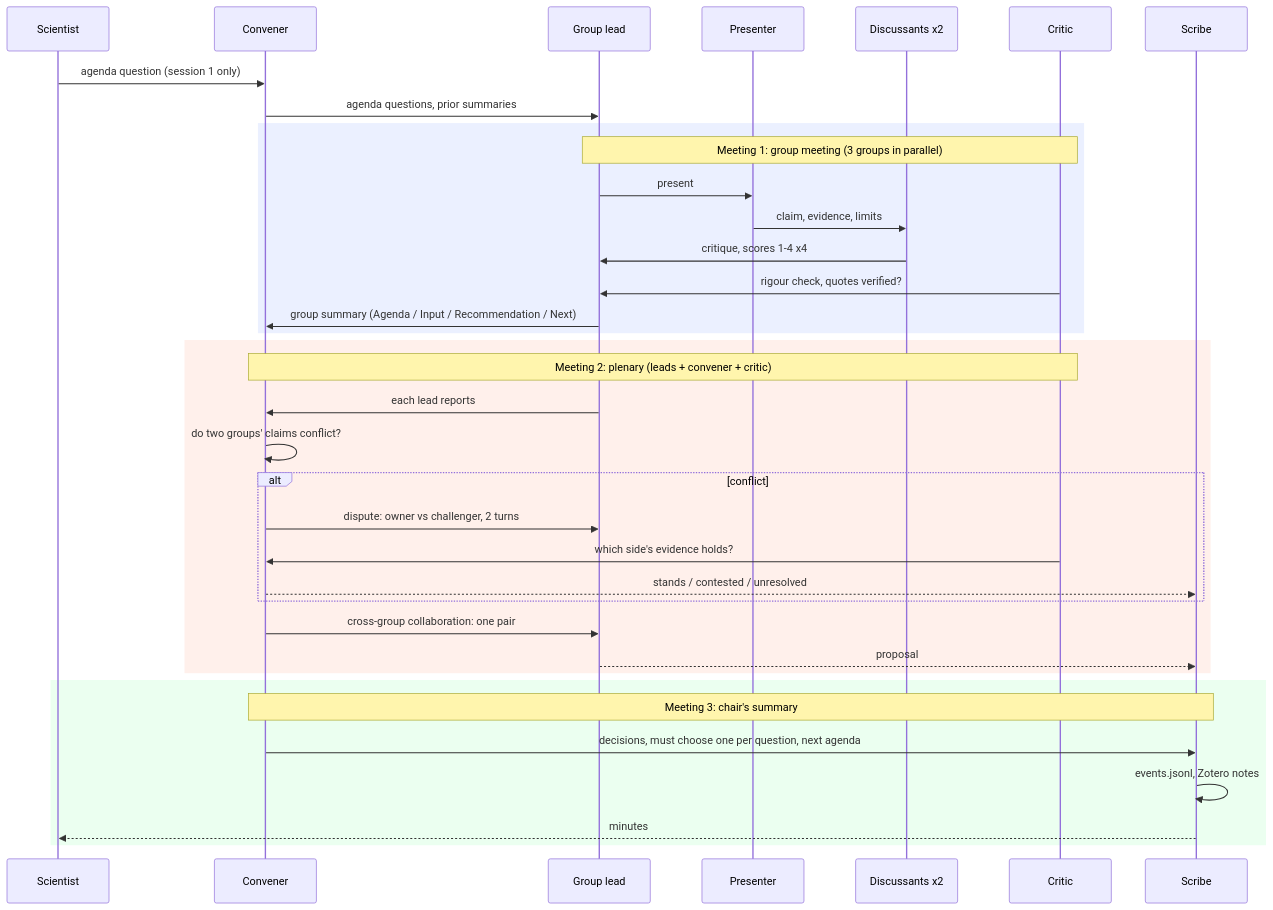
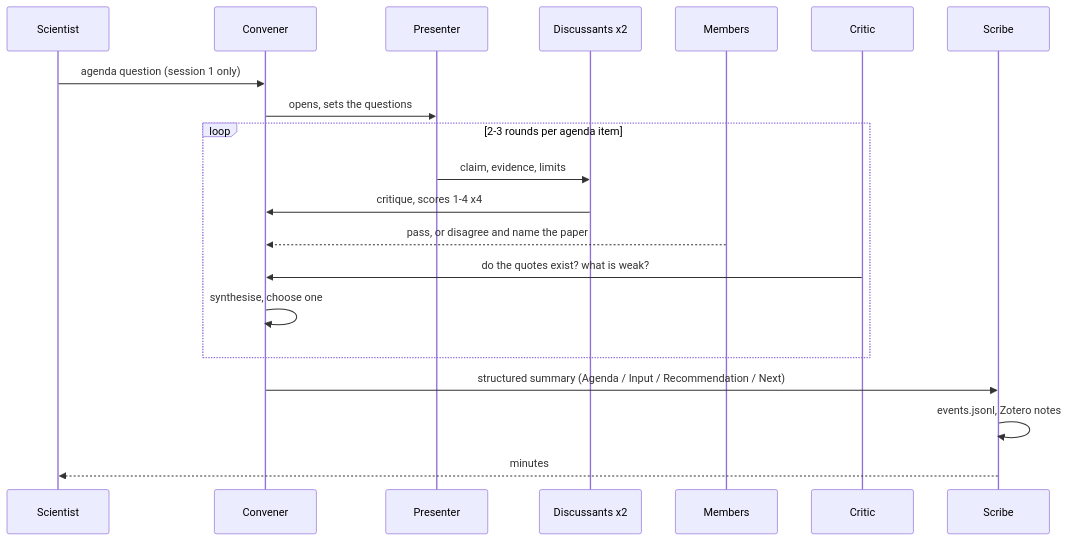
One commit to jackysiupuichung/temp changed the first of 2 diagrams in research/review/organisation_diagram.md. Above: the diagram before and after it, drawn with Mermaid. The commit also changed other lines of this file and 2 other files, not shown here.

First line of the commit message:
Reduce the organisation to one lab

````diff
--- a/research/review/organisation_diagram.md
+++ b/research/review/organisation_diagram.md
@@ -95,45 +25,26 @@
 ```mermaid
 sequenceDiagram
-    accTitle: One journal club session
-    accDescr: The convener sends agenda questions to the group leads. Each group runs a presentation, discussion by two discussants, a critic check and a lead summary, in parallel. In the plenary the leads report, the convener opens disputes where groups conflict and proposes cross-group collaborations, and decides. The scribe writes the minutes and Zotero notes.
+    accTitle: One session of the lab
+    accDescr: The scientist gives the agenda question. The convener opens and sets the questions. For each agenda item the presenter speaks, two discussants score, members may pass or disagree, the critic checks, and the convener synthesises, for two or three rounds. The convener's summary goes to the scribe, who writes the event log, Zotero notes and minutes.
 
     participant S as Scientist
     participant C as Convener
-    participant L as Group lead
     participant P as Presenter
     participant D as Discussants x2
+    participant M as Members
     participant K as Critic
     participant W as Scribe
 
     S->>C: agenda question (session 1 only)
-    C->>L: agenda questions, prior summaries
-
-    rect rgb(235, 240, 255)
-        Note over L,K: Meeting 1: group meeting (3 groups in parallel)
-        L->>P: present
+    C->>P: opens, sets the questions
+    loop 2-3 rounds per agenda item
         P->>D: claim, evidence, limits
-        D->>L: critique, scores 1-4 x4
-        K->>L: rigour check, quotes verified?
-        L->>C: group summary (Agenda / Input / Recommendation / Next)
+        D->>C: critique, scores 1-4 x4
+        M-->>C: pass, or disagree and name the paper
+        K->>C: do the quotes exist? what is weak?
+        C->>C: synthesise, choose one
     end
-
-    rect rgb(255, 240, 235)
-        Note over C,K: Meeting 2: plenary (leads + convener + critic)
-        L->>C: each lead reports
-        C->>C: do two groups' claims conflict?
-        alt conflict
-            C->>L: dispute: owner vs challenger, 2 turns
-            K->>C: which side's evidence holds?
-            C-->>W: stands / contested / unresolved
-        end
-        C->>L: cross-group collaboration: one pair
-        L-->>W: proposal
-    end
-
-    rect rgb(235, 255, 240)
-        Note over C,W: Meeting 3: chair's summary
-        C->>W: decisions, must choose one per question, next agenda
-        W->>W: events.jsonl, Zotero notes
-        W-->>S: minutes
-    end
+    C->>W: structured summary (Agenda / Input / Recommendation / Next)
+    W->>W: events.jsonl, Zotero notes
+    W-->>S: minutes
 ```
````
